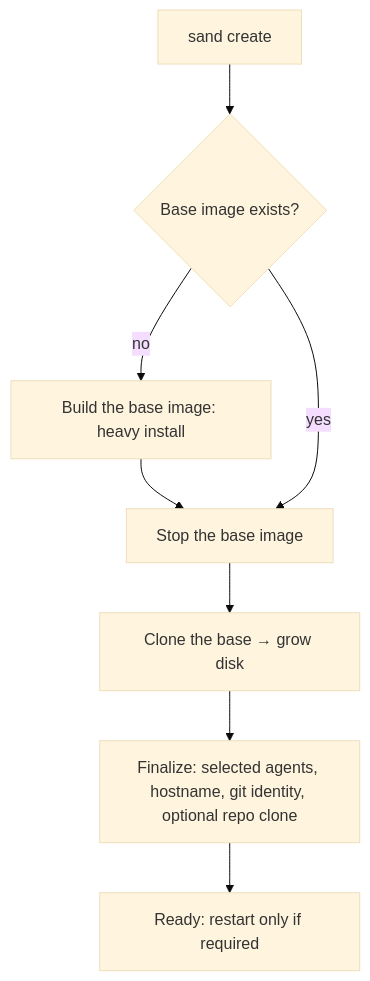
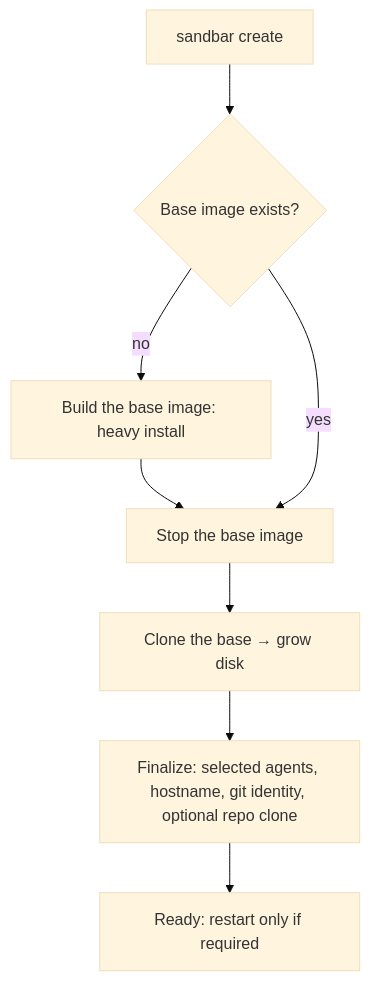
The diagram in docs/getting-started/how-it-works.md (Lullabot/sandbar), drawn with Mermaid (base theme) before and after one commit. The commit also changed other lines of this file and 191 other files, not shown here.

Commit message:
feat: rename sand to sandbar with a warning compatibility symlink

````diff
--- a/docs/getting-started/how-it-works.md
+++ b/docs/getting-started/how-it-works.md
@@ -7,10 +7,10 @@
 ```mermaid
 graph TD
-    A[sand create] --> B{Base image exists?}
+    A[sandbar create] --> B{Base image exists?}
     B -- no --> C[Build the base image: heavy install]
     C --> D[Stop the base image]
     B -- yes --> D
     D --> E[Clone the base → grow disk]
     E --> F[Finalize: selected agents, hostname, git identity, optional repo clone]
     F --> G[Ready: restart only if required]
 ```
````
